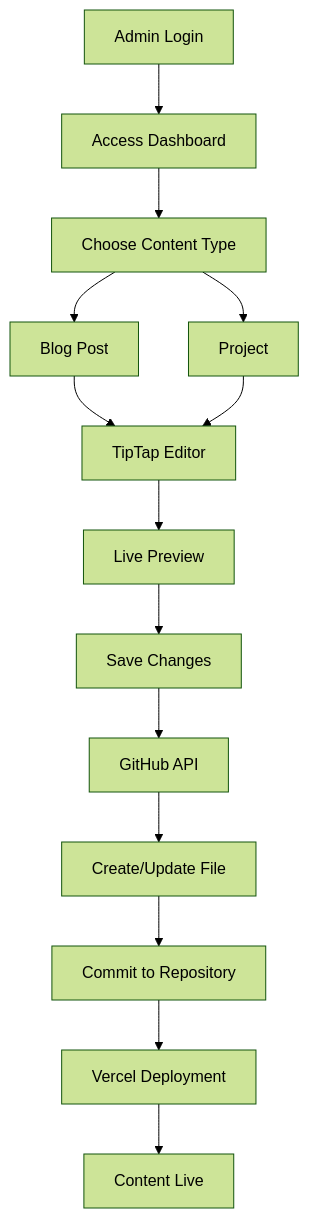
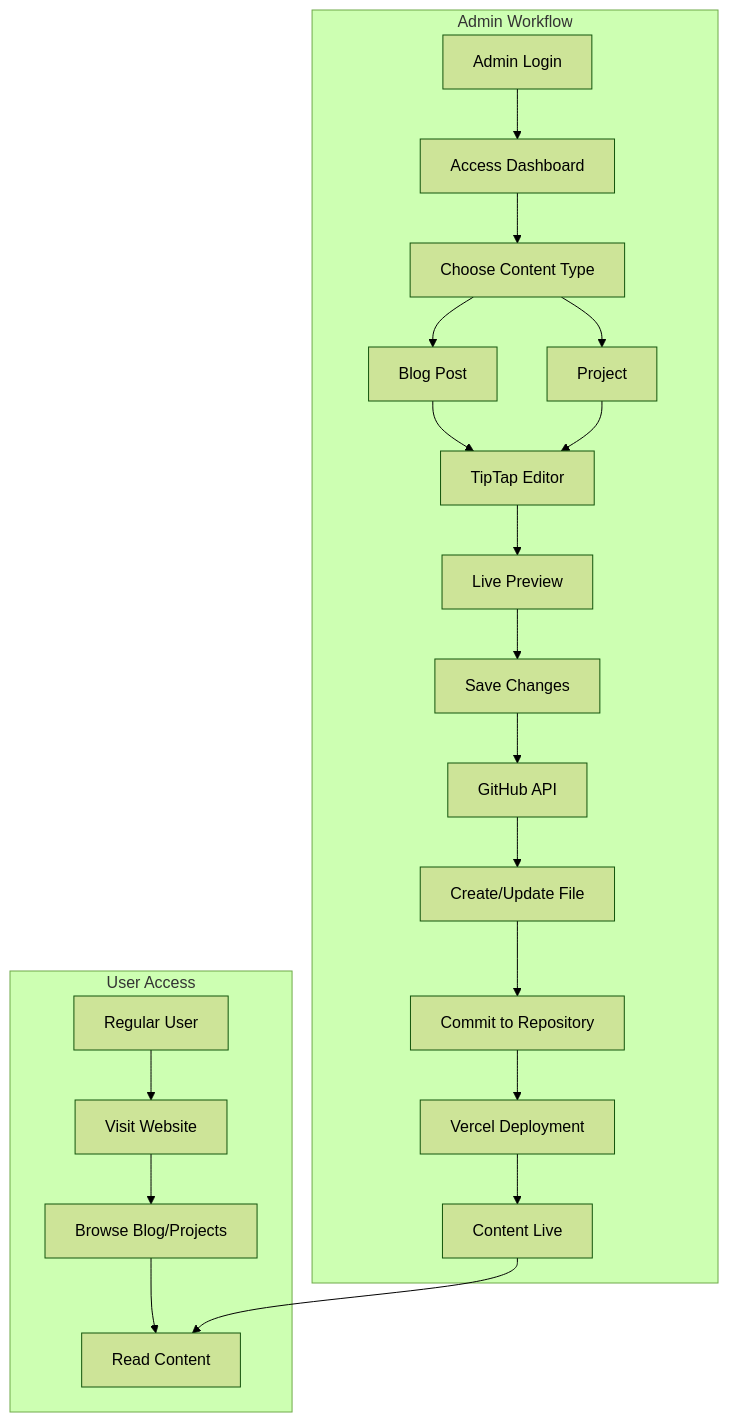
One commit to rajofearth/yashrajmaher changed the fourth of 4 diagrams in README.md. Above: the diagram before and after it, drawn with Mermaid (forest theme). The commit also changed other lines of this file, not shown here.

Commit message:
Update README diagrams with user access and admin workflow subgraphs

````diff
--- a/README.md
+++ b/README.md
@@ -367,16 +376,25 @@
 ```mermaid
 flowchart TD
-    A[Admin Login] --> B[Access Dashboard]
-    B --> C[Choose Content Type]
-    C --> D[Blog Post]
-    C --> E[Project]
-    D --> F[TipTap Editor]
-    E --> F
-    F --> G[Live Preview]
-    G --> H[Save Changes]
-    H --> I[GitHub API]
-    I --> J[Create/Update File]
-    J --> K[Commit to Repository]
-    K --> L[Vercel Deployment]
-    L --> M[Content Live]
+    subgraph "Admin Workflow"
+        A[Admin Login] --> B[Access Dashboard]
+        B --> C[Choose Content Type]
+        C --> D[Blog Post]
+        C --> E[Project]
+        D --> F[TipTap Editor]
+        E --> F
+        F --> G[Live Preview]
+        G --> H[Save Changes]
+        H --> I[GitHub API]
+        I --> J[Create/Update File]
+        J --> K[Commit to Repository]
+        K --> L[Vercel Deployment]
+        L --> M[Content Live]
+    end
+    
+    subgraph "User Access"
+        N[Regular User] --> O[Visit Website]
+        O --> P[Browse Blog/Projects]
+        P --> Q[Read Content]
+        M --> Q
+    end
 ```
````
